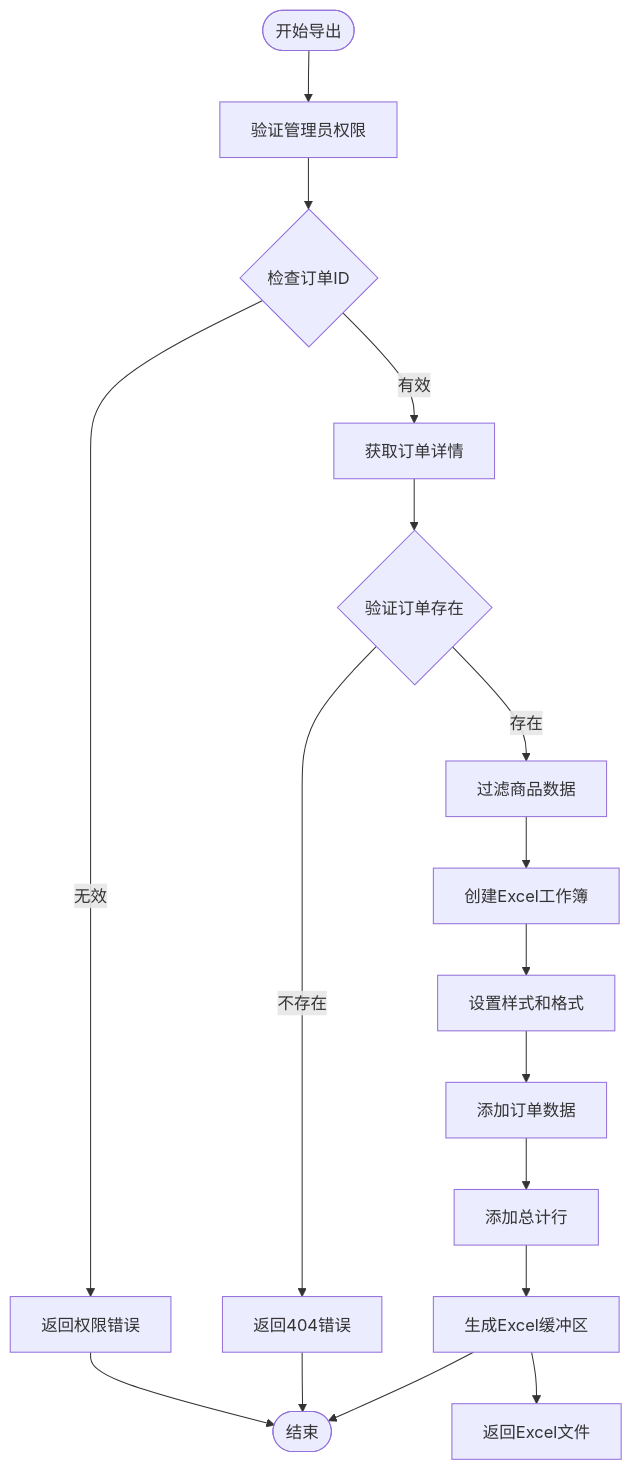
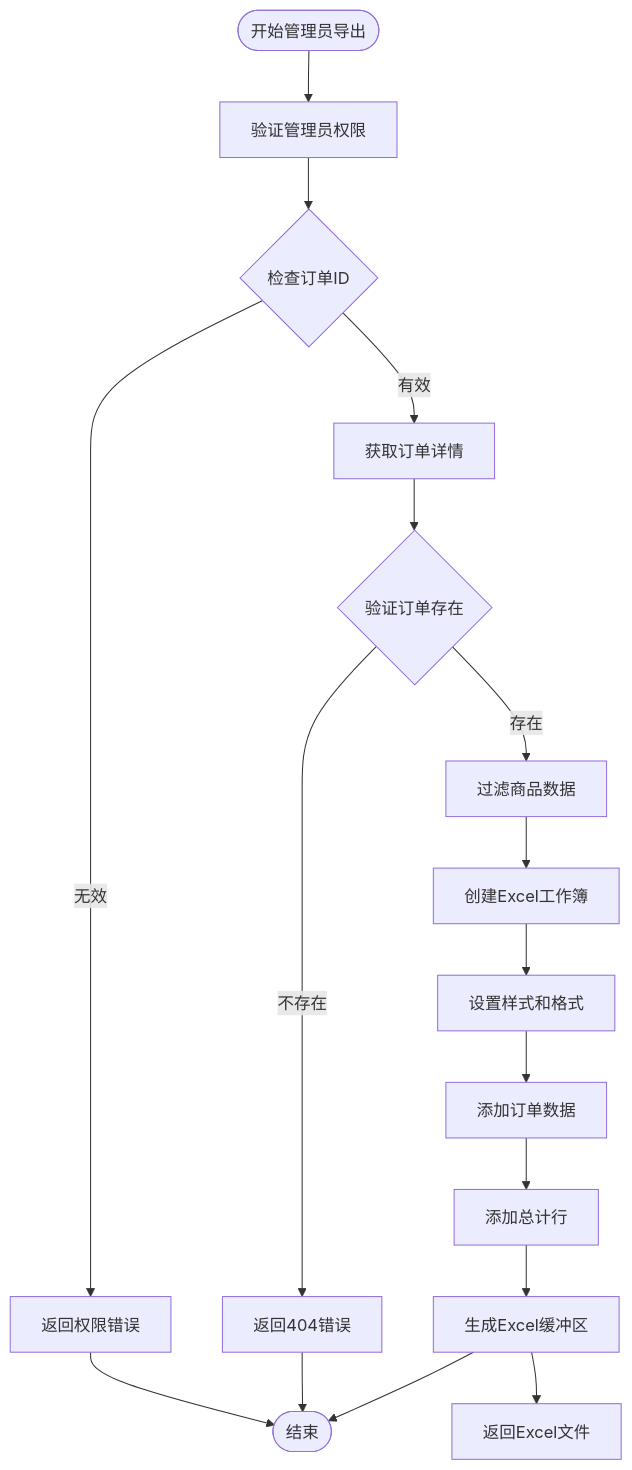
The seventh of 23 diagrams in .qoder/repowiki/zh/content/Excel Import System.md (three3638-arch/celestia_2b), drawn with Mermaid before and after one commit. The commit also changed other lines of this file and 2 other files, not shown here.

````diff
--- a/.qoder/repowiki/zh/content/Excel Import System.md
+++ b/.qoder/repowiki/zh/content/Excel Import System.md
@@ -517,19 +527,19 @@
 ```mermaid
 flowchart TD
-Start([开始导出]) --> Auth[验证管理员权限]
+Start([开始管理员导出]) --> Auth[验证管理员权限]
 Auth --> CheckOrder{检查订单ID}
 CheckOrder --> |无效| ReturnError[返回权限错误]
 CheckOrder --> |有效| GetOrder[获取订单详情]
 GetOrder --> ValidateOrder{验证订单存在}
 ValidateOrder --> |不存在| ReturnNotFound[返回404错误]
 ValidateOrder --> |存在| FilterItems[过滤商品数据]
 FilterItems --> CreateWorkbook[创建Excel工作簿]
 CreateWorkbook --> SetStyles[设置样式和格式]
 SetStyles --> AddData[添加订单数据]
 AddData --> AddTotals[添加总计行]
 AddTotals --> GenerateBuffer[生成Excel缓冲区]
 GenerateBuffer --> ReturnResponse[返回Excel文件]
 ReturnError --> End([结束])
 ReturnNotFound --> End
 GenerateBuffer --> End
 ```
````
